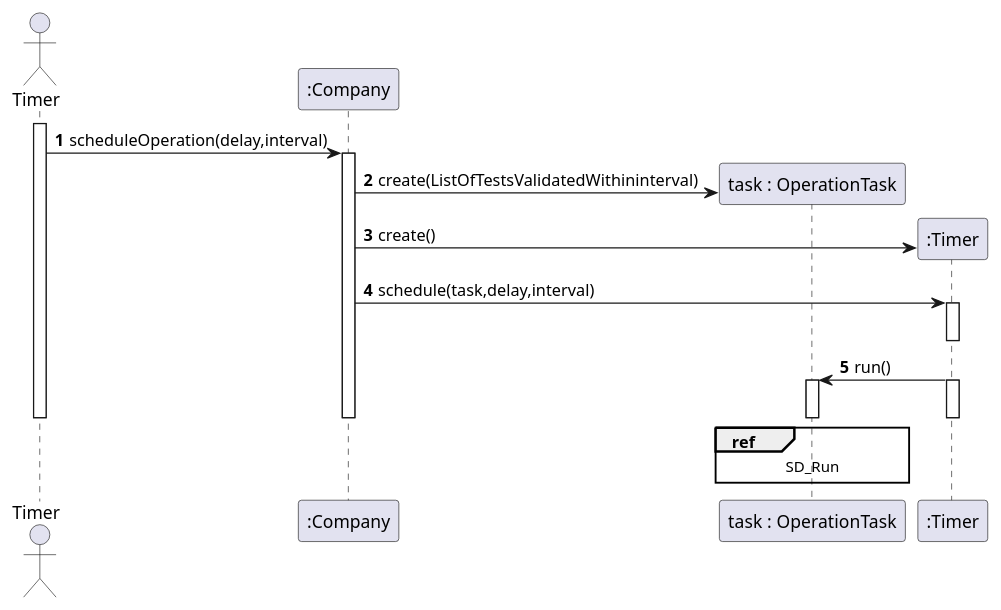
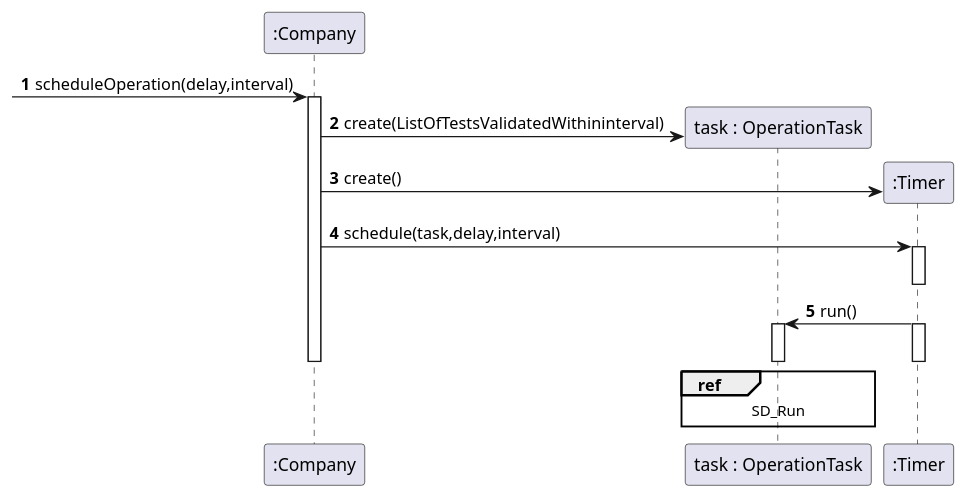
The diagram in docs/SprintD/US19/US19_SD.puml (manu-07-ela/LAPR2_ISEP), drawn with PlantUML before and after one commit. The commit also changed 10 other files, not shown here.

```diff
--- a/docs/SprintD/US19/US19_SD.puml
+++ b/docs/SprintD/US19/US19_SD.puml
@@ -1,33 +1,33 @@
 @startuml
 autonumber
 'hide footbox
-actor "Timer" as TM
+
 
 participant ":Company" as Comp
 participant "task : OperationTask" as Task
 participant ":Timer" as Timer
 
-activate TM
-TM -> Comp : scheduleOperation(delay,interval)
+
+-> Comp : scheduleOperation(delay,interval)
 activate Comp
 
 Comp -> Task** : create(ListOfTestsValidatedWithininterval)
 Comp -> Timer** : create()
 Comp -> Timer : schedule(task,delay,interval)
 activate Timer
 deactivate Timer
 Timer -> Task : run()
 ref over Task
 SD_Run
 end ref
 activate Timer
 activate Task
 deactivate Task
 deactivate Timer
 deactivate Comp
 
 
 
-deactivate TM
+
 
 @enduml
```
